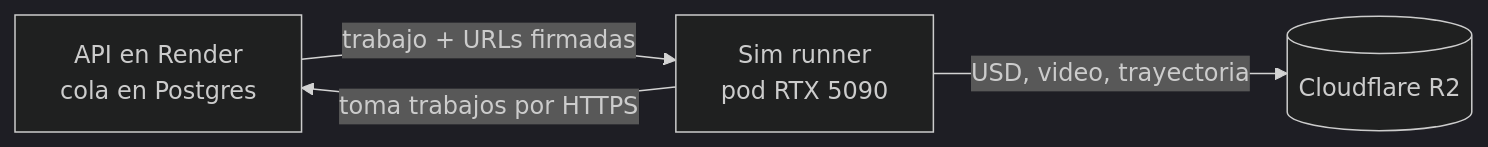
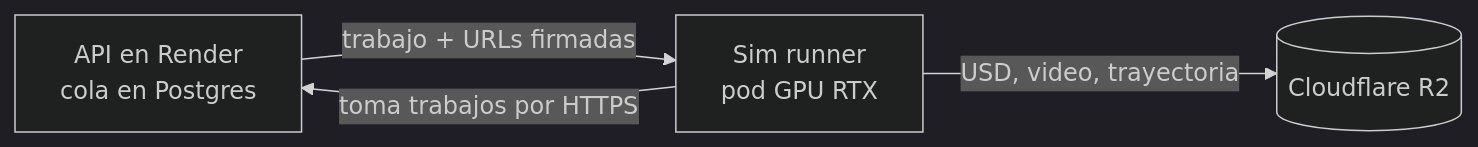
One commit to platanus-hack/platanus-hack-26-cl-team-4 changed the diagram in docs/infraestructura.md. Above: the diagram before and after it, drawn with Mermaid (dark theme). The commit also changed other lines of this file, not shown here.

First line of the commit message:
docs(infraestructura): cambia a GPU RTX con driver 580 en Vast.ai

````diff
--- a/docs/infraestructura.md
+++ b/docs/infraestructura.md
@@ -38,6 +42,6 @@
 ```mermaid
 flowchart LR
-  API[API en Render<br/>cola en Postgres] -->|trabajo + URLs firmadas| RUN[Sim runner<br/>pod RTX 5090]
+  API[API en Render<br/>cola en Postgres] -->|trabajo + URLs firmadas| RUN[Sim runner<br/>pod GPU RTX]
   RUN -->|toma trabajos por HTTPS| API
   RUN -->|USD, video, trayectoria| R2[(Cloudflare R2)]
 ```
````
